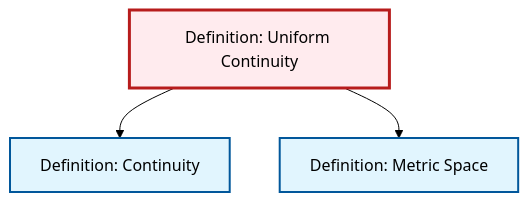
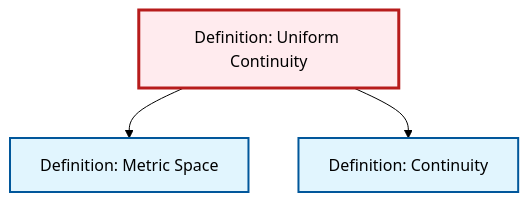
Before and after one commit to RK0429/ModernMath: the diagram in content/en/analysis/def-uniform-continuity.qmd, drawn with Mermaid (forest theme). The commit also changed other lines of this file and 491 other files, not shown here.

````diff
--- a/content/en/analysis/def-uniform-continuity.qmd
+++ b/content/en/analysis/def-uniform-continuity.qmd
@@ -67,17 +67,17 @@
 ```{mermaid}
 %%| fig-cap: "Local dependency graph"
 graph TD
     classDef definition fill:#e1f5fe,stroke:#01579b,stroke-width:2px
     classDef theorem fill:#f3e5f5,stroke:#4a148c,stroke-width:2px
     classDef axiom fill:#fff3e0,stroke:#e65100,stroke-width:2px
     classDef example fill:#e8f5e9,stroke:#1b5e20,stroke-width:2px
     classDef current fill:#ffebee,stroke:#b71c1c,stroke-width:3px
+    def-metric-space["Definition: Metric Space"]:::definition
     def-continuity["Definition: Continuity"]:::definition
-    def-metric-space["Definition: Metric Space"]:::definition
     def-uniform-continuity["Definition: Uniform Continuity"]:::definition
+    def-uniform-continuity --> def-metric-space
     def-uniform-continuity --> def-continuity
-    def-uniform-continuity --> def-metric-space
     class def-uniform-continuity current
+    click def-metric-space "def-metric-space.html" "Go to Metric Space definition"
     click def-continuity "def-continuity.html" "Go to Continuity definition"
-    click def-metric-space "def-metric-space.html" "Go to Metric Space definition"
 ```
````
